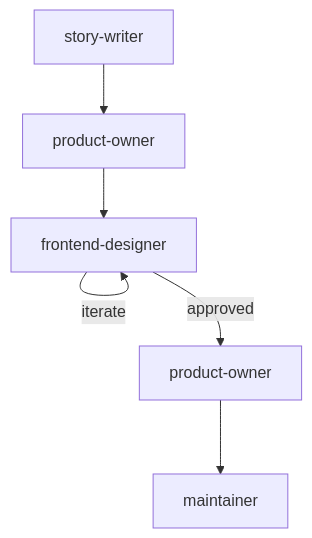
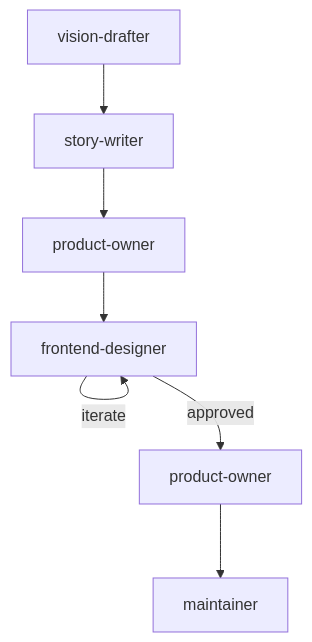
The diagram in .agents/skills/workflow/variants/design.md (thiscantbeserious/ragts-learning-platform), drawn with Mermaid before and after one commit. The commit also changed other lines of this file and 12 other files, not shown here.

First line of the commit message:
chore(agents): add vision-drafter, ux-researcher, and workflow phase updates (#76)

````diff
--- a/.agents/skills/workflow/variants/design.md
+++ b/.agents/skills/workflow/variants/design.md
@@ -5,8 +5,9 @@
 ```mermaid
 graph TD
-    SW[story-writer] --> PO1[product-owner]
+    VD[vision-drafter] --> SW[story-writer]
+    SW --> PO1[product-owner]
     PO1 --> FD[frontend-designer]
     FD -->|iterate| FD
     FD -->|approved| PO2[product-owner]
     PO2 --> M[maintainer]
 ```
````
